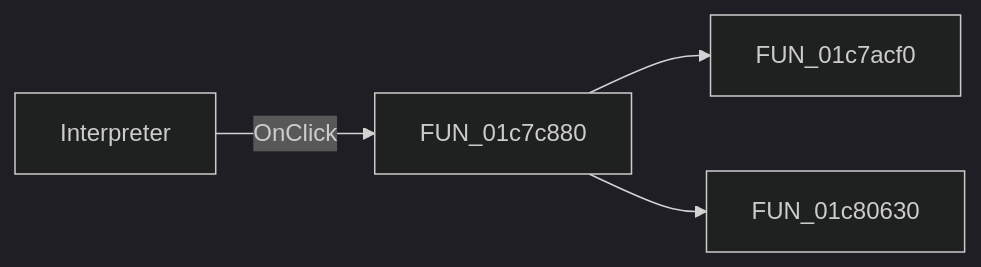
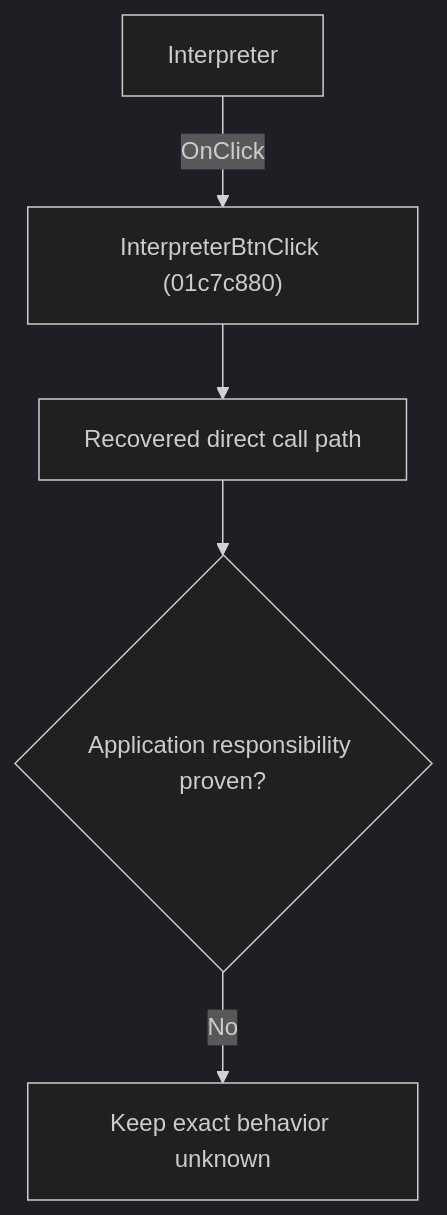
The diagram in docs/ui-controls/schematiceditor/interpreterbtn-71faf33d86.md (MovGP0/TIARA), drawn with Mermaid (dark theme) before and after one commit. The commit also changed other lines of this file and 1062 other files, not shown here.

````diff
--- a/docs/ui-controls/schematiceditor/interpreterbtn-71faf33d86.md
+++ b/docs/ui-controls/schematiceditor/interpreterbtn-71faf33d86.md
@@ -27,6 +27,7 @@
 ```mermaid
-flowchart LR
-    control["Interpreter"] -->|OnClick| handler["FUN_01c7c880"]
-    handler --> call1["FUN_01c7acf0"]
-    handler --> call2["FUN_01c80630"]
+flowchart TD
+    control["Interpreter"] -->|"OnClick"| handler["InterpreterBtnClick (01c7c880)"]
+    handler --> recovered["Recovered direct call path"]
+    recovered --> gap{"Application responsibility proven?"}
+    gap -->|"No"| blocked["Keep exact behavior unknown"]
 ```
````
